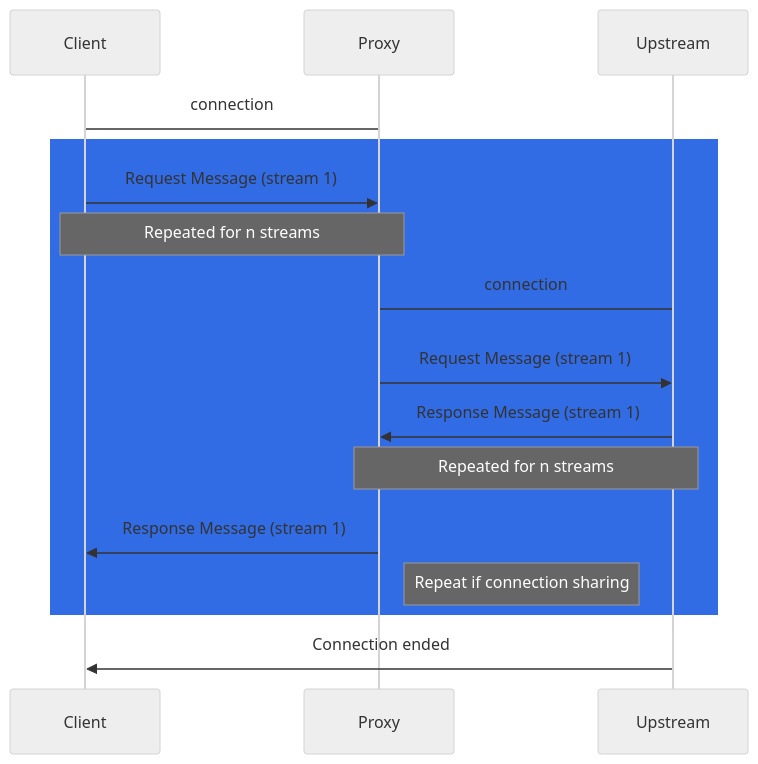
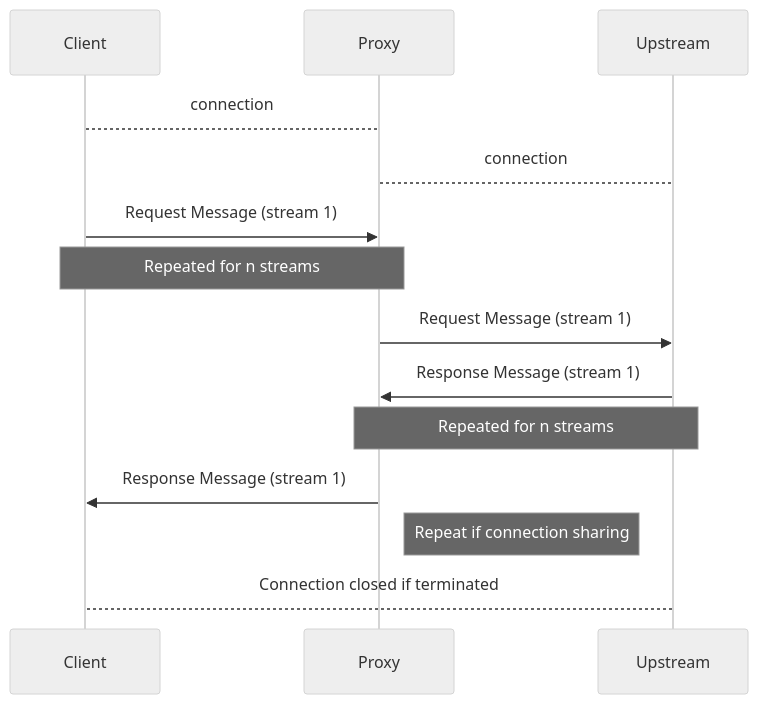
The first of 2 diagrams in geps/gep-3139/index.md (xtineskim/gateway-api), drawn with Mermaid (neutral theme) before and after one commit. The commit also changed other lines of this file, not shown here.

````diff
--- a/geps/gep-3139/index.md
+++ b/geps/gep-3139/index.md
@@ -43,22 +45,19 @@
 ```mermaid
 sequenceDiagram
   
     participant C as Client
     participant P as Proxy
     participant U as Upstream
-    C->P: connection
-    rect rgb(50, 108, 229 )
+    C-->P: connection
+
+    P-->U: connection
     C->>P: Request Message (stream 1)
 
     Note over C,P: Repeated for n streams
-    P->U: connection
-    rect rgb(50, 108, 229 )
     P->>U: Request Message (stream 1)
     U->>P: Response Message (stream 1)
     Note over P,U: Repeated for n streams
-    end
     P->>C: Response Message (stream 1)
     Note right of P: Repeat if connection sharing
-    end
-    U->>C: Connection ended
+    U-->C: Connection closed if terminated
 ```
````
